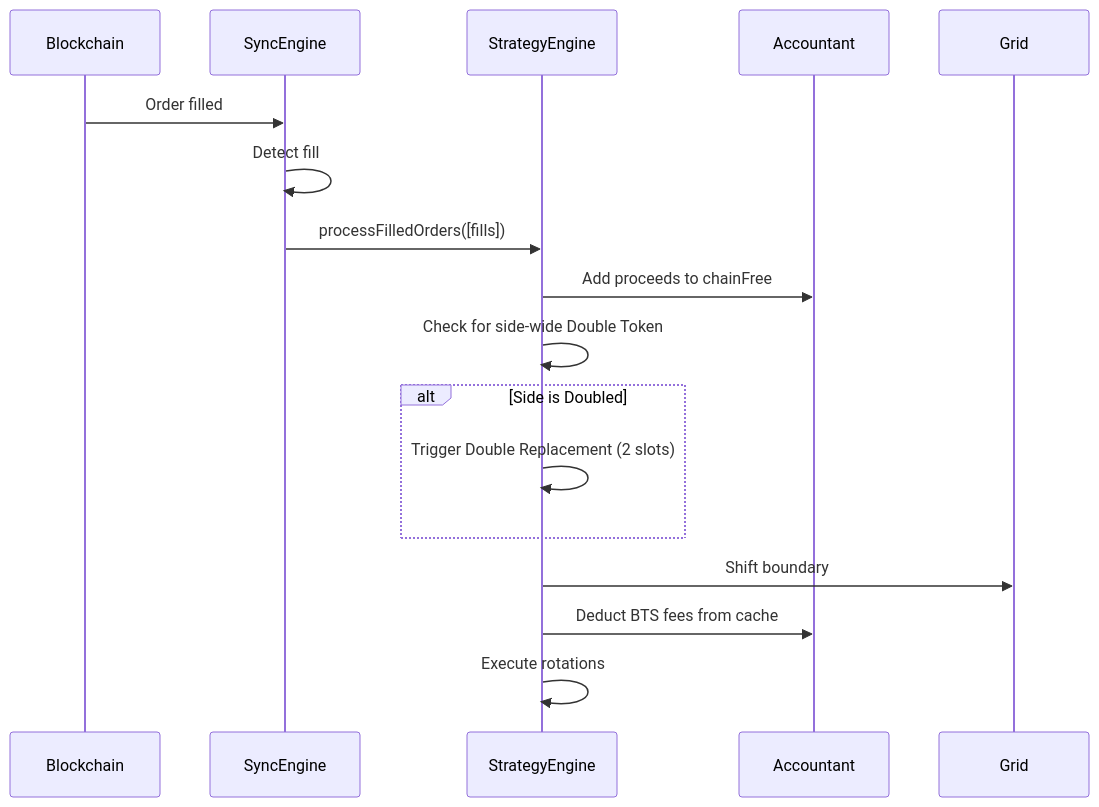
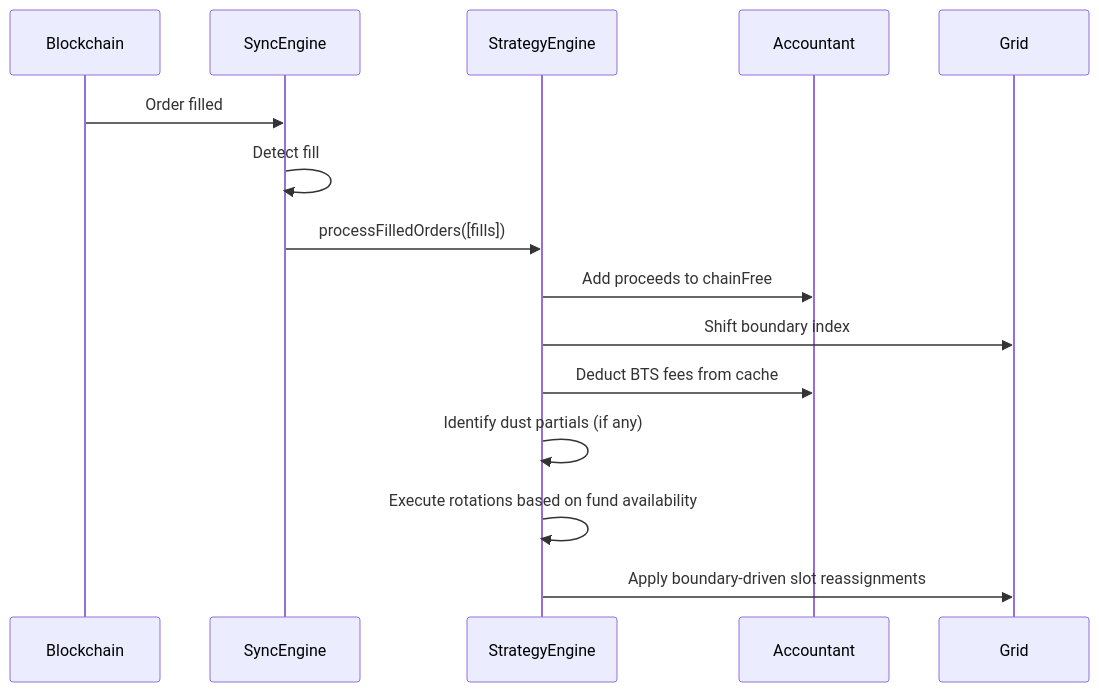
Before and after one commit to abitmore/DEXBot2: the eighth of 13 diagrams in docs/architecture.md, drawn with Mermaid. The commit also changed other lines of this file and 11 other files, not shown here.

````diff
--- a/docs/architecture.md
+++ b/docs/architecture.md
@@ -881,22 +890,20 @@
 ```mermaid
 sequenceDiagram
     participant Chain as Blockchain
     participant Sync as SyncEngine
     participant Strat as StrategyEngine
     participant Acct as Accountant
     participant Grid as Grid
 
     Chain->>Sync: Order filled
     Sync->>Sync: Detect fill
     Sync->>Strat: processFilledOrders([fills])
-    
+
     Strat->>Acct: Add proceeds to chainFree
-        Strat->>Strat: Check for side-wide Double Token
-        alt Side is Doubled
-            Strat->>Strat: Trigger Double Replacement (2 slots)
-        end
-    
-    Strat->>Grid: Shift boundary
+
+    Strat->>Grid: Shift boundary index
     Strat->>Acct: Deduct BTS fees from cache
-    Strat->>Strat: Execute rotations
+    Strat->>Strat: Identify dust partials (if any)
+    Strat->>Strat: Execute rotations based on fund availability
+    Strat->>Grid: Apply boundary-driven slot reassignments
 ```
````
